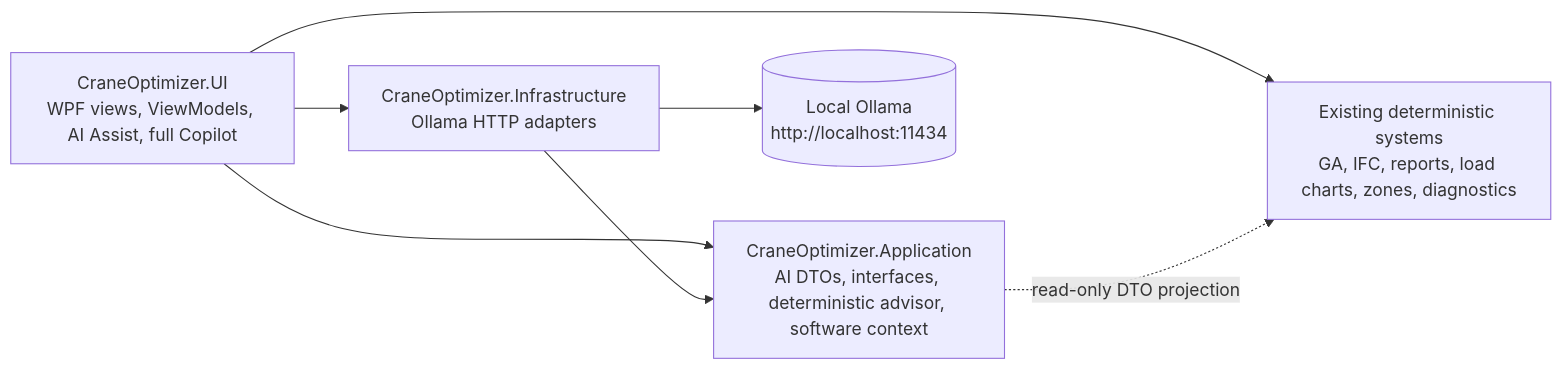
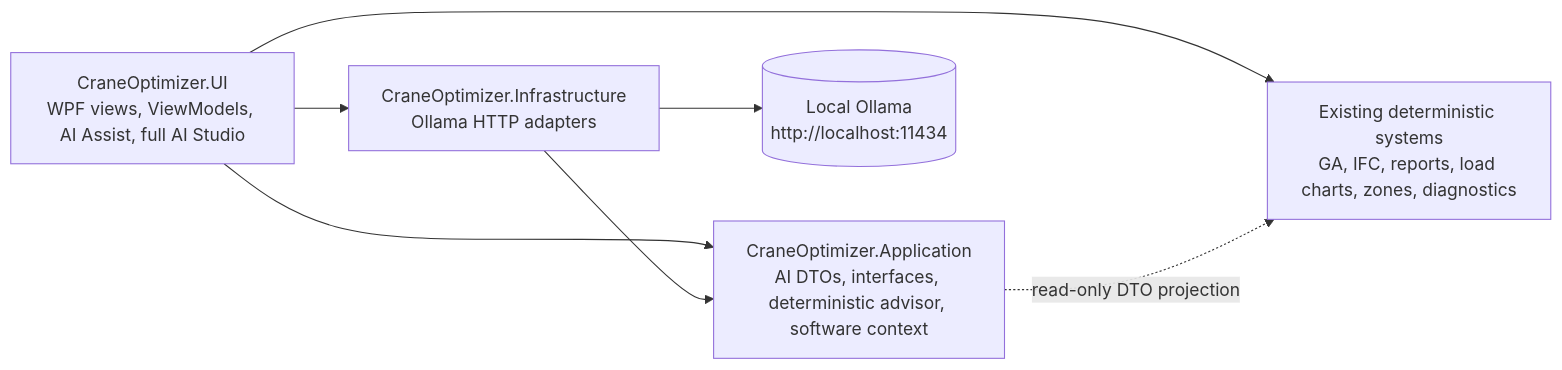
One commit to ITI-intake46/CranePathOptimizer changed the first of 3 diagrams in docs/ai/AI_COPILOT_BRANCH_ENGINEERING_DOSSIER.md. Above: the diagram before and after it, drawn with Mermaid. The commit also changed other lines of this file and 27 other files, not shown here.

Commit message:
feat(ai): consolidate Copilot into AI Assist Studio

````diff
--- a/docs/ai/AI_COPILOT_BRANCH_ENGINEERING_DOSSIER.md
+++ b/docs/ai/AI_COPILOT_BRANCH_ENGINEERING_DOSSIER.md
@@ -224,15 +230,15 @@
 ```mermaid
 flowchart LR
-    UI[CraneOptimizer.UI\nWPF views, ViewModels, AI Assist, full Copilot]
+    UI[CraneOptimizer.UI\nWPF views, ViewModels, AI Assist, full AI Studio]
     APP[CraneOptimizer.Application\nAI DTOs, interfaces, deterministic advisor, software context]
     INFRA[CraneOptimizer.Infrastructure\nOllama HTTP adapters]
     EXISTING[Existing deterministic systems\nGA, IFC, reports, load charts, zones, diagnostics]
     OLLAMA[(Local Ollama\nhttp://localhost:11434)]
 
     UI --> APP
     UI --> EXISTING
     INFRA --> APP
     UI --> INFRA
     INFRA --> OLLAMA
     APP -. read-only DTO projection .-> EXISTING
 ```
````
